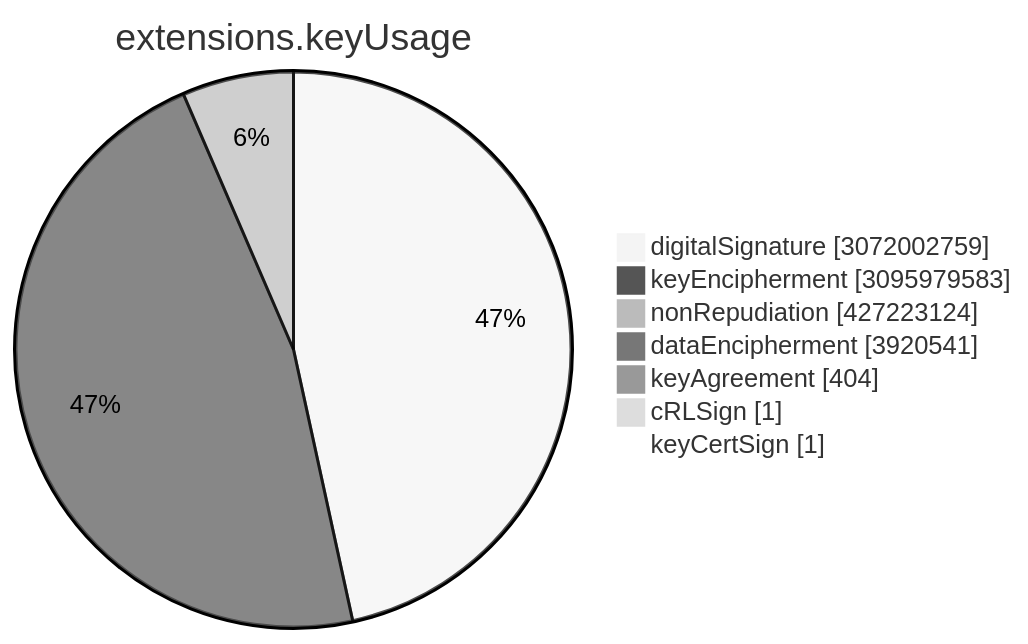
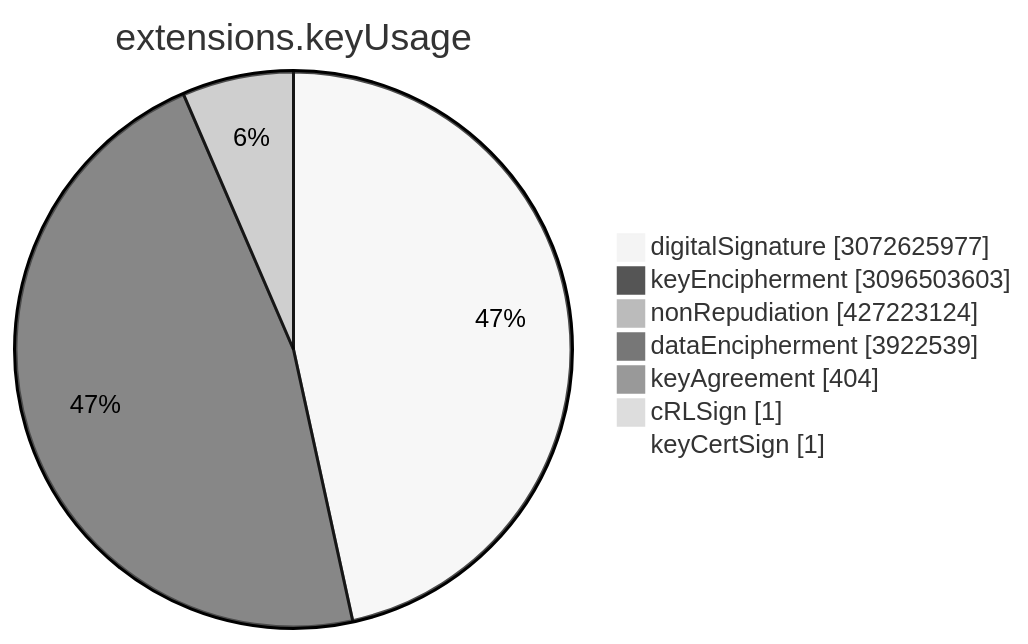
Before and after one commit to christiankrug/ctmonitor_visualization: the sixth of 15 diagrams in TOTAL/README.md, drawn with Mermaid (neutral theme). The commit also changed other lines of this file, not shown here.

````diff
--- a/TOTAL/README.md
+++ b/TOTAL/README.md
@@ -3077,11 +3077,11 @@
 ```mermaid
 pie showData
 title extensions.keyUsage
-"digitalSignature" :3072002759
-"keyEncipherment" :3095979583
+"digitalSignature" :3072625977
+"keyEncipherment" :3096503603
 "nonRepudiation" :427223124
-"dataEncipherment" :3920541
+"dataEncipherment" :3922539
 "keyAgreement" :404
 "cRLSign" :1
 "keyCertSign" :1
 ```
````
